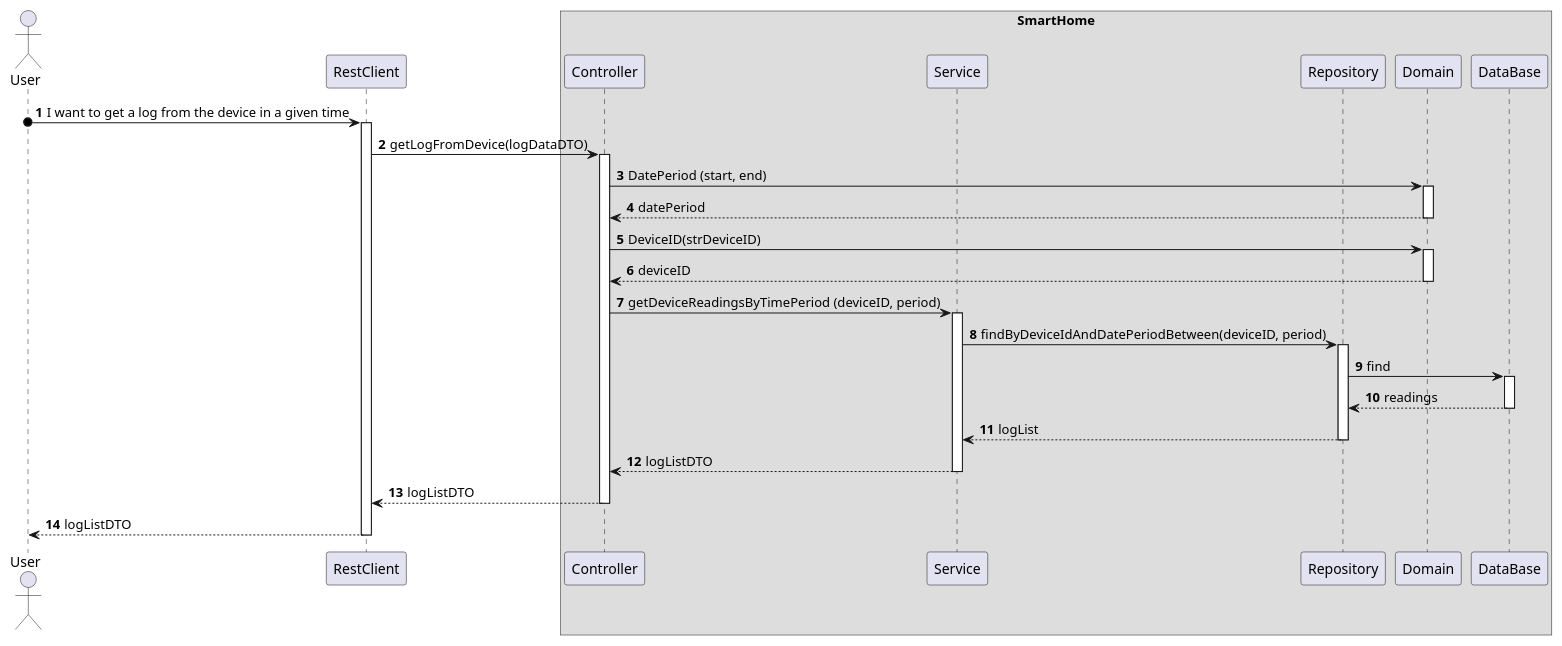
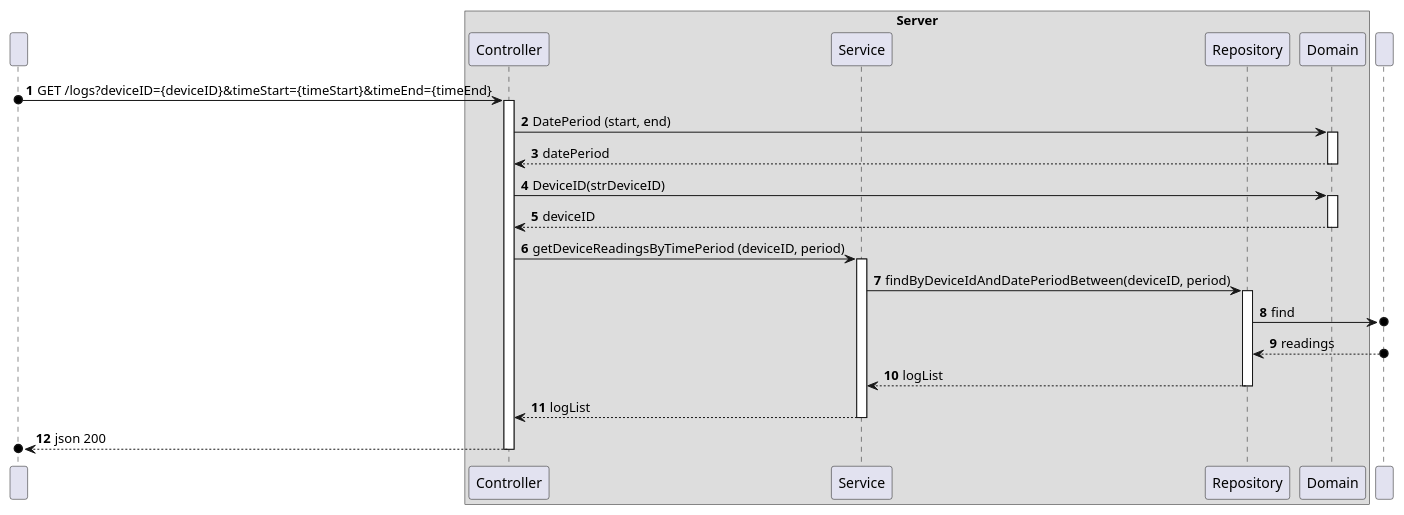
One commit to olivDiogo/SmartHome changed the diagram in docs/ooa/C4_4plus1_models/Level3/ProcessView/ProcessViewLevel3_UC11.puml. Above: the diagram before and after it, drawn with PlantUML. The commit also changed 13 other files, not shown here.

```diff
--- a/docs/ooa/C4_4plus1_models/Level3/ProcessView/ProcessViewLevel3_UC11.puml
+++ b/docs/ooa/C4_4plus1_models/Level3/ProcessView/ProcessViewLevel3_UC11.puml
@@ -1,57 +1,48 @@
 @startuml
 'https://plantuml.com/sequence-diagram
 !pragma layout smetana
 
 autonumber
 
-actor "User" as User
-participant "RestClient" as RC
+participant " " as User
 
-box "SmartHome"
+box "Server"
     participant "Controller" as CTRL
     participant "Service" as SV
     participant "Repository" as REPO
     participant "Domain" as DOM
-    participant "DataBase" as BD
 end box
 
-User o-> RC : I want to get a log from the device in a given time
-activate RC
+participant " " as BD
 
-RC -> CTRL : getLogFromDevice(logDataDTO)
+User o-> CTRL : GET /logs?deviceID={deviceID}&timeStart={timeStart}&timeEnd={timeEnd}
 activate CTRL
-
 CTRL -> DOM : DatePeriod (start, end)
 activate DOM
 DOM --> CTRL : datePeriod
 deactivate DOM
 
 CTRL -> DOM : DeviceID(strDeviceID)
 activate DOM
 DOM --> CTRL : deviceID
 deactivate DOM
 
 CTRL -> SV : getDeviceReadingsByTimePeriod (deviceID, period)
 activate SV
 
 SV -> REPO : findByDeviceIdAndDatePeriodBetween(deviceID, period)
 activate REPO
 
-REPO -> BD : find
-activate BD
-
-BD --> REPO : readings
-deactivate BD
+REPO ->o BD : find
+BD o--> REPO : readings
 
 REPO --> SV : logList
 deactivate REPO
 
-SV --> CTRL : logListDTO
+SV --> CTRL : logList
 deactivate SV
-CTRL --> RC : logListDTO
+CTRL -->o User : json 200
 deactivate CTRL
-RC --> User : logListDTO
-deactivate RC
 
 
 @enduml
```
